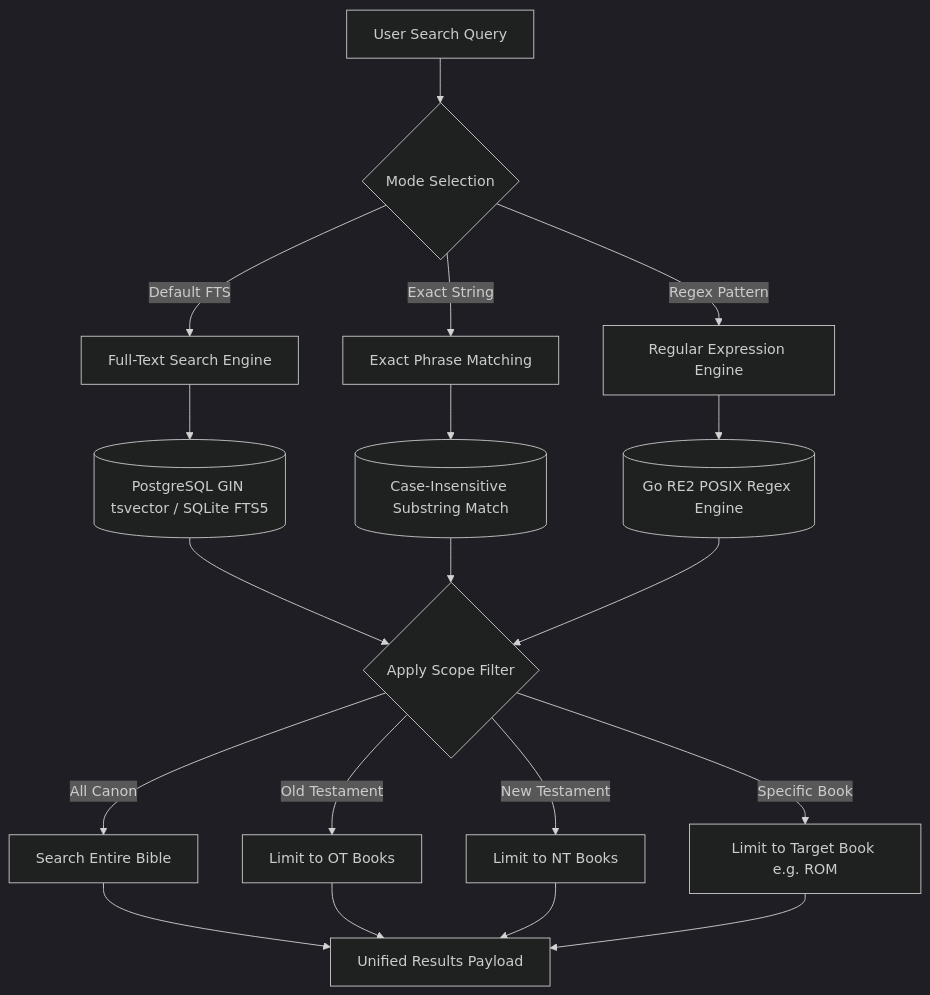
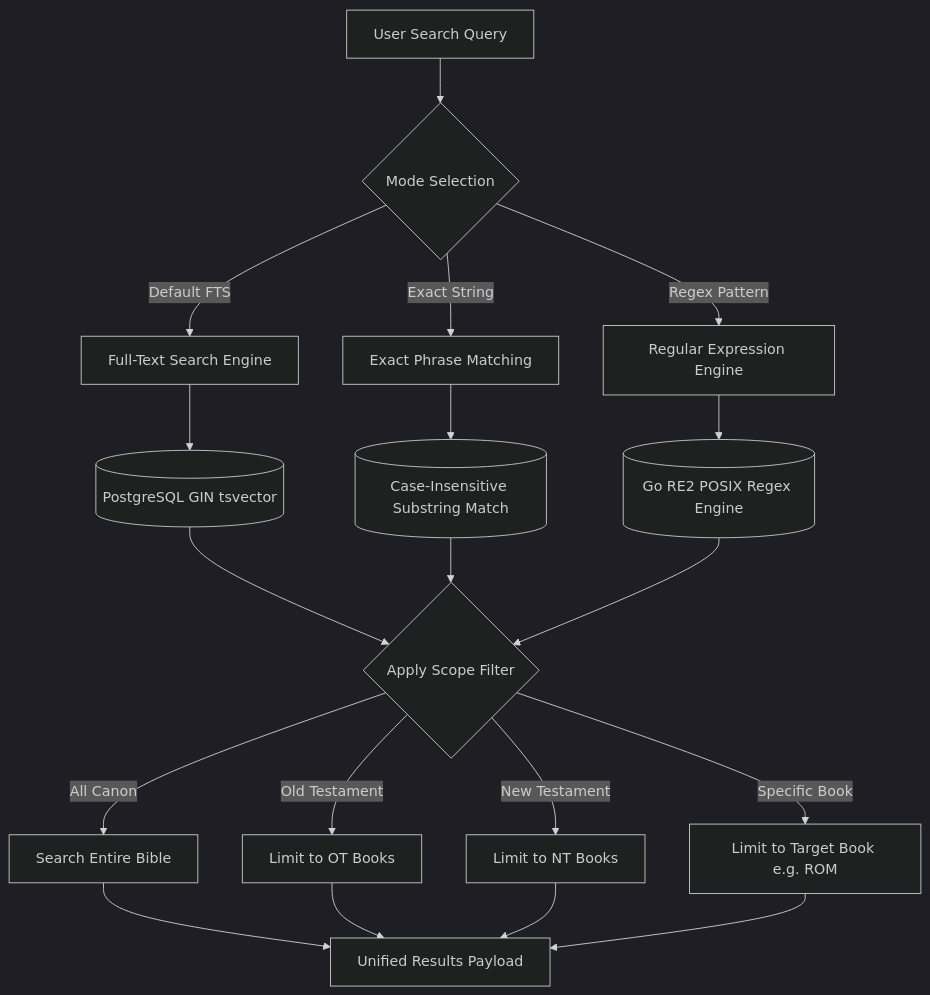
The diagram in docs/guide/search-and-analytics.md (mvirtai/clible-v3-go), drawn with Mermaid (dark theme) before and after one commit. The commit also changed 10 other files, not shown here.

Commit message:
docs(docs): fix mermaid diagram node label quotes for github pr rendering

````diff
--- a/docs/guide/search-and-analytics.md
+++ b/docs/guide/search-and-analytics.md
@@ -11,26 +11,26 @@
 ```mermaid
 flowchart TD
-    QUERY[User Search Query] --> MODE{Mode Selection}
+    QUERY["User Search Query"] --> MODE{"Mode Selection"}
     
-    MODE -->|Default FTS| FTS[Full-Text Search Engine]
-    MODE -->|Exact String| PHRASE[Exact Phrase Matching]
-    MODE -->|Regex Pattern| REGEX[Regular Expression Engine]
+    MODE -->|Default FTS| FTS["Full-Text Search Engine"]
+    MODE -->|Exact String| PHRASE["Exact Phrase Matching"]
+    MODE -->|Regex Pattern| REGEX["Regular Expression Engine"]
     
-    FTS --> GIN[(PostgreSQL GIN tsvector / SQLite FTS5)]
-    PHRASE --> ILIKE[(Case-Insensitive Substring Match)]
-    REGEX --> RE2[(Go RE2 POSIX Regex Engine)]
+    FTS --> GIN[("PostgreSQL GIN tsvector")]
+    PHRASE --> ILIKE[("Case-Insensitive Substring Match")]
+    REGEX --> RE2[("Go RE2 POSIX Regex Engine")]
     
-    GIN --> SCOPE{Apply Scope Filter}
+    GIN --> SCOPE{"Apply Scope Filter"}
     ILIKE --> SCOPE
     RE2 --> SCOPE
     
-    SCOPE -->|All Canon| R1[Search Entire Bible]
-    SCOPE -->|Old Testament| R2[Limit to OT Books]
-    SCOPE -->|New Testament| R3[Limit to NT Books]
-    SCOPE -->|Specific Book| R4[Limit to Target Book e.g. ROM]
+    SCOPE -->|All Canon| R1["Search Entire Bible"]
+    SCOPE -->|Old Testament| R2["Limit to OT Books"]
+    SCOPE -->|New Testament| R3["Limit to NT Books"]
+    SCOPE -->|Specific Book| R4["Limit to Target Book e.g. ROM"]
     
-    R1 --> OUT[Unified Results Payload]
+    R1 --> OUT["Unified Results Payload"]
     R2 --> OUT
     R3 --> OUT
     R4 --> OUT
 ```
````
